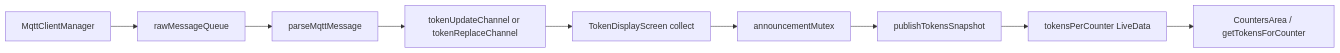
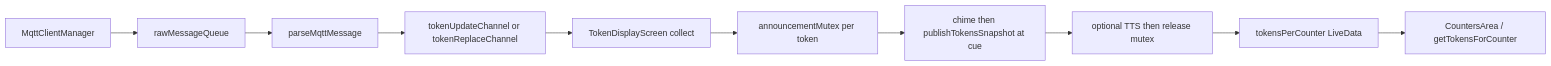
The fifth of 7 diagrams in docs/SRS_FLOWCHARTS_WIREFRAMES.md (AdhiAdithyan/CallQTV), drawn with Mermaid before and after one commit. The commit also changed other lines of this file and 12 other files, not shown here.

````diff
--- a/docs/SRS_FLOWCHARTS_WIREFRAMES.md
+++ b/docs/SRS_FLOWCHARTS_WIREFRAMES.md
@@ -101,11 +106,12 @@
 ```mermaid
 flowchart LR
     A[MqttClientManager] --> B[rawMessageQueue]
     B --> C[parseMqttMessage]
     C --> D[tokenUpdateChannel or tokenReplaceChannel]
     D --> E[TokenDisplayScreen collect]
-    E --> F[announcementMutex]
-    F --> G[publishTokensSnapshot]
-    G --> H[tokensPerCounter LiveData]
-    H --> I[CountersArea / getTokensForCounter]
+    E --> F[announcementMutex per token]
+    F --> G[chime then publishTokensSnapshot at cue]
+    G --> H[optional TTS then release mutex]
+    H --> I[tokensPerCounter LiveData]
+    I --> J[CountersArea / getTokensForCounter]
 ```
````
